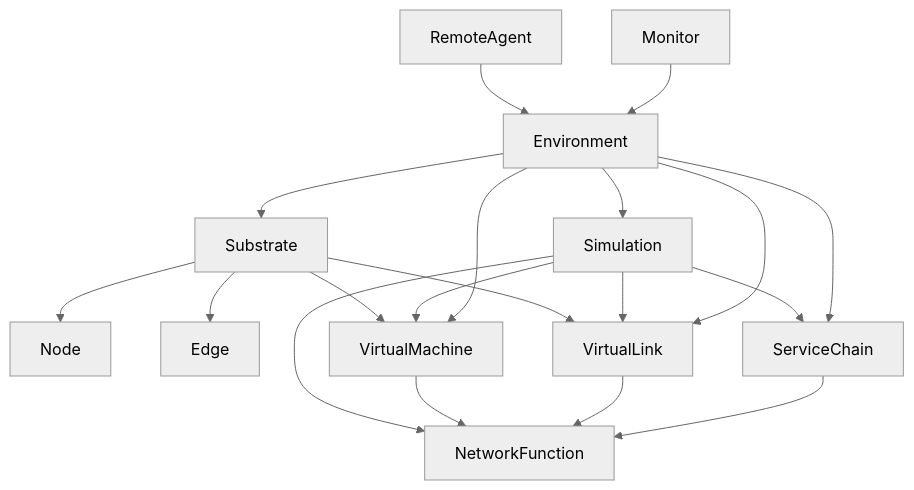
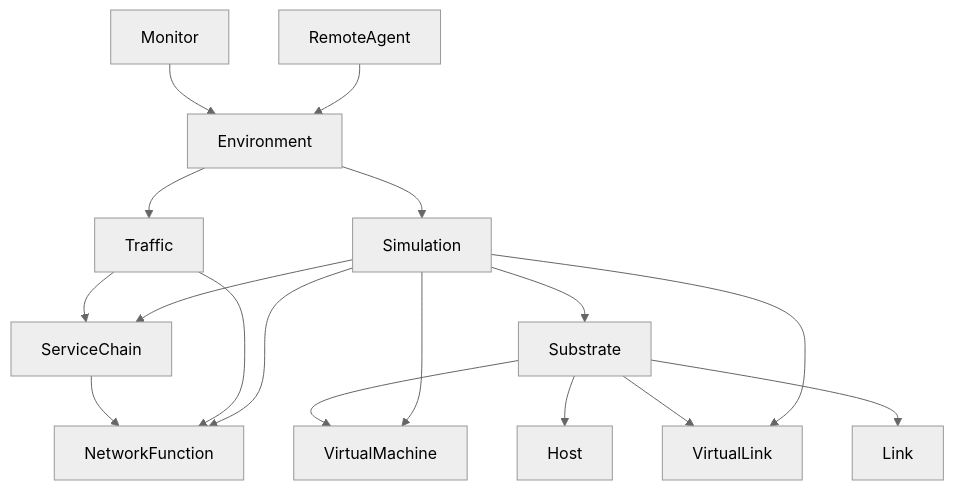
The diagram in README.md (0C3L0T/vnfnet-thesis), drawn with Mermaid (neutral theme) before and after one commit. The commit also changed other lines of this file, not shown here.

````diff
--- a/README.md
+++ b/README.md
@@ -114,25 +132,25 @@
 ```mermaid
 flowchart
-Substrate --> Node
-Substrate --> Edge
-Substrate --> VirtualMachine
-Substrate --> VirtualLink
+
+Environment --> Simulation
+Environment --> Traffic
+
+Simulation --> ServiceChain
+Simulation --> NetworkFunction
+Traffic --> ServiceChain
+Traffic --> NetworkFunction
+
+ServiceChain --> NetworkFunction
 
 Simulation --> VirtualMachine
 Simulation --> VirtualLink
-Simulation --> NetworkFunction
-Simulation --> ServiceChain
+Simulation --> Substrate
 
-VirtualMachine --> NetworkFunction
-VirtualLink --> NetworkFunction
-ServiceChain --> NetworkFunction
-
-Environment --> Substrate
-Environment --> Simulation
-Environment --> ServiceChain
-Environment --> VirtualMachine
-Environment --> VirtualLink
+Substrate --> Host
+Substrate --> Link
+Substrate --> VirtualMachine
+Substrate --> VirtualLink
 
 RemoteAgent --> Environment
 Monitor --> Environment
 ```
````
